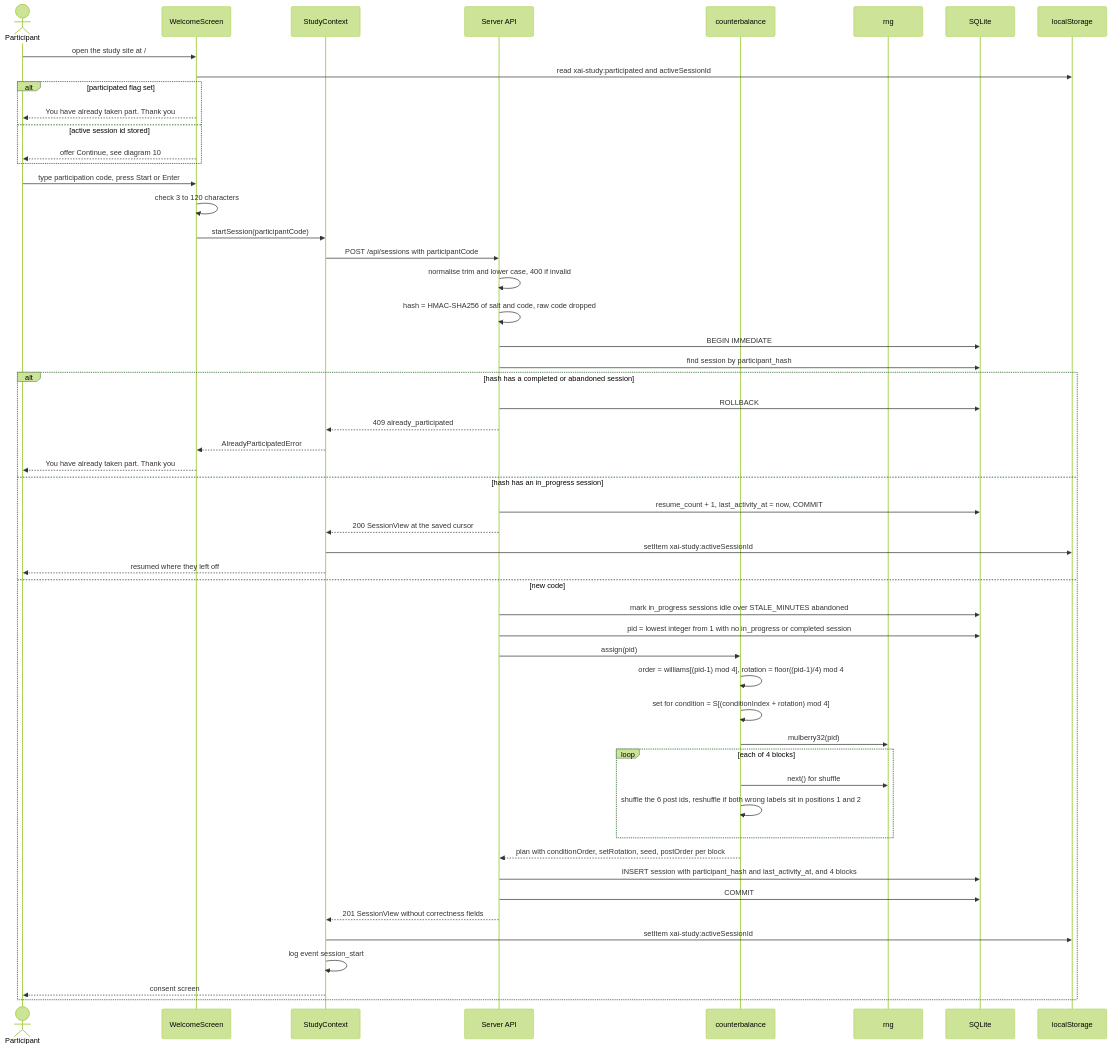
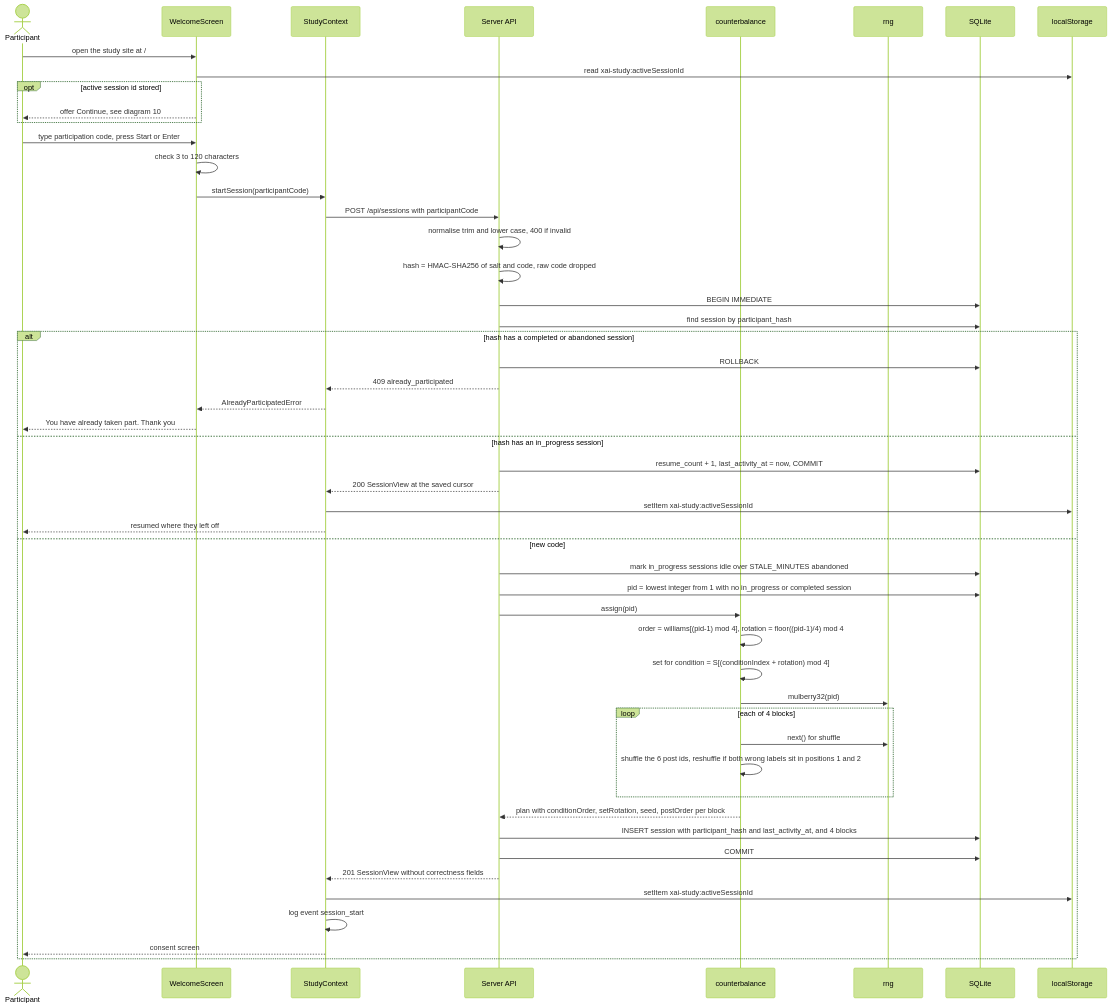
Before and after one commit to bibekgupta3333/HCI: the first of 13 diagrams in docs/sequence-diagrams.md, drawn with Mermaid (forest theme). The commit also changed other lines of this file and 30 other files, not shown here.

````diff
--- a/docs/sequence-diagrams.md
+++ b/docs/sequence-diagrams.md
@@ -28,56 +29,54 @@
 ```mermaid
 sequenceDiagram
     actor P as Participant
     participant W as WelcomeScreen
     participant SC as StudyContext
     participant API as Server API
     participant CB as counterbalance
     participant RNG as rng
     participant DB as SQLite
     participant LS as localStorage
 
     P->>W: open the study site at /
-    W->>LS: read xai-study:participated and activeSessionId
-    alt participated flag set
-        W-->>P: You have already taken part. Thank you
-    else active session id stored
+    W->>LS: read xai-study:activeSessionId
+    opt active session id stored
         W-->>P: offer Continue, see diagram 10
     end
     P->>W: type participation code, press Start or Enter
     W->>W: check 3 to 120 characters
     W->>SC: startSession(participantCode)
     SC->>API: POST /api/sessions with participantCode
     API->>API: normalise trim and lower case, 400 if invalid
     API->>API: hash = HMAC-SHA256 of salt and code, raw code dropped
     API->>DB: BEGIN IMMEDIATE
     API->>DB: find session by participant_hash
     alt hash has a completed or abandoned session
         API->>DB: ROLLBACK
         API-->>SC: 409 already_participated
         SC-->>W: AlreadyParticipatedError
         W-->>P: You have already taken part. Thank you
     else hash has an in_progress session
         API->>DB: resume_count + 1, last_activity_at = now, COMMIT
         API-->>SC: 200 SessionView at the saved cursor
         SC->>LS: setItem xai-study:activeSessionId
         SC-->>P: resumed where they left off
     else new code
         API->>DB: mark in_progress sessions idle over STALE_MINUTES abandoned
         API->>DB: pid = lowest integer from 1 with no in_progress or completed session
         API->>CB: assign(pid)
         CB->>CB: order = williams[(pid-1) mod 4], rotation = floor((pid-1)/4) mod 4
         CB->>CB: set for condition = S[(conditionIndex + rotation) mod 4]
         CB->>RNG: mulberry32(pid)
         loop each of 4 blocks
             CB->>RNG: next() for shuffle
             CB->>CB: shuffle the 6 post ids, reshuffle if both wrong labels sit in positions 1 and 2
         end
         CB-->>API: plan with conditionOrder, setRotation, seed, postOrder per block
         API->>DB: INSERT session with participant_hash and last_activity_at, and 4 blocks
         API->>DB: COMMIT
         API-->>SC: 201 SessionView without correctness fields
         SC->>LS: setItem xai-study:activeSessionId
         SC->>SC: log event session_start
         SC-->>P: consent screen
     end
 ```
````
